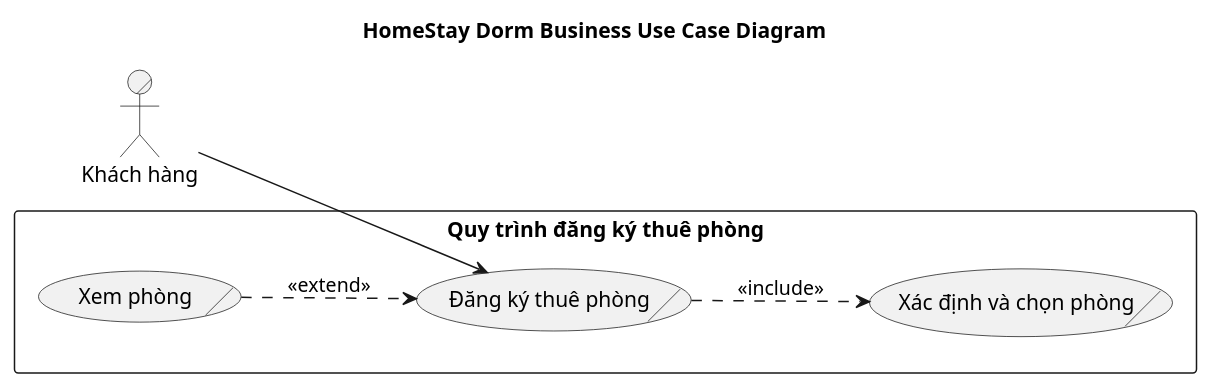
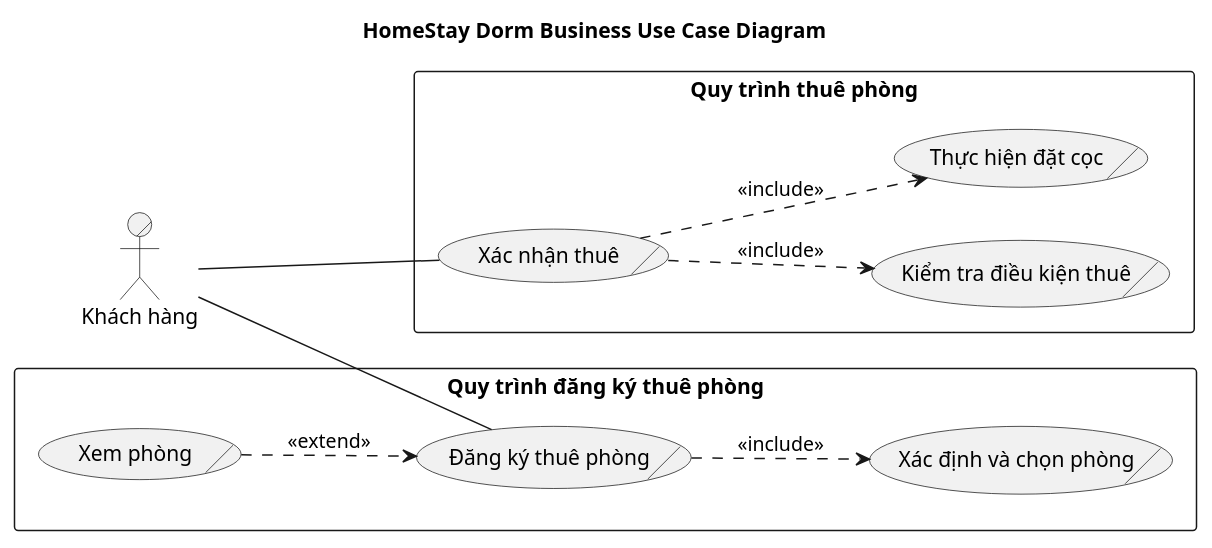
The diagram in doc/business/use-case/main_usecase_diagram.wsd (Gnourt812005/HCMUS-Analyze-and-desgin-IS), drawn with PlantUML before and after one commit.

Commit message:
use-case/bao: draw usecase for "Quy trình thuê"

```diff
--- a/doc/business/use-case/main_usecase_diagram.wsd
+++ b/doc/business/use-case/main_usecase_diagram.wsd
@@ -1,25 +1,36 @@
 @startuml HomeStay Dorm
 title HomeStay Dorm Business Use Case Diagram
 skinparam packageStyle rectangle
 
 ' Direction
 left to right direction
 
 ' Define B.Actors
 actor/ "Khách hàng" as customer
 
 
 rectangle "Quy trình đăng ký thuê phòng" {
 	usecase/ "Đăng ký thuê phòng" as UC_DangKyThuePhong
 	usecase/ "Xác định và chọn phòng" as UC_XacDinhVaChonPhong
 	usecase/ "Xem phòng" as UC_XemPhong
 
 	' Use Case Relationships
 	UC_DangKyThuePhong ..> UC_XacDinhVaChonPhong : <<include>>
 	UC_XemPhong ..> UC_DangKyThuePhong : <<extend>>
 }
 
+rectangle "Quy trình thuê phòng" {
+	usecase/ "Xác nhận thuê" as UC_XacNhanThue
+	usecase/ "Kiểm tra điều kiện thuê" as UC_KiemTraDieuKienThue
+	usecase/ "Thực hiện đặt cọc" as UC_ThucHienDatCoc
+
+	' Use Case Relationships
+	UC_XacNhanThue ..> UC_KiemTraDieuKienThue : <<include>>
+	UC_XacNhanThue ..> UC_ThucHienDatCoc : <<include>>
+}
+
 ' Actor - Main Use Cases Associations
-customer --> UC_DangKyThuePhong
+customer -- UC_DangKyThuePhong
+customer -- UC_XacNhanThue
 
 @enduml
```
